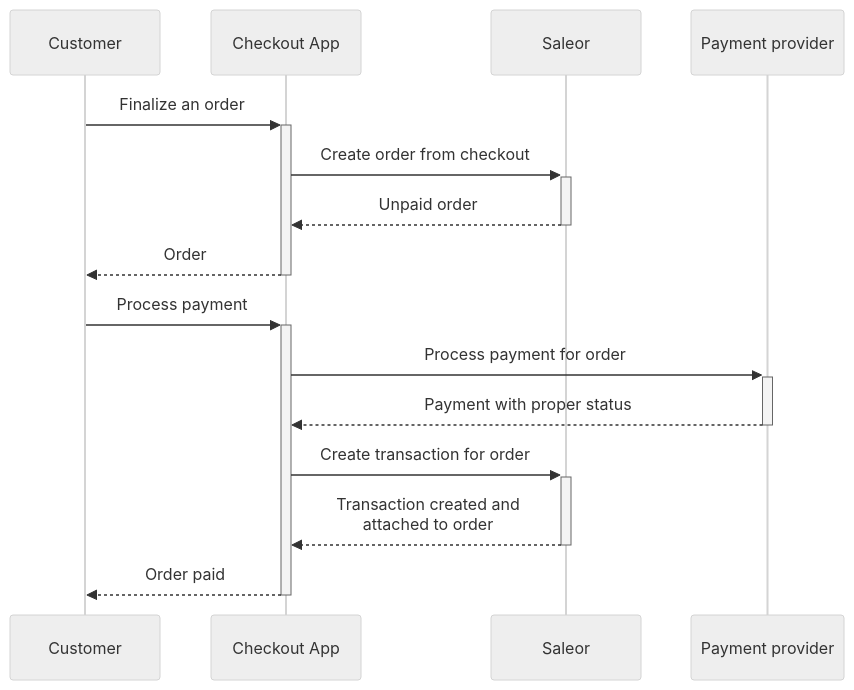
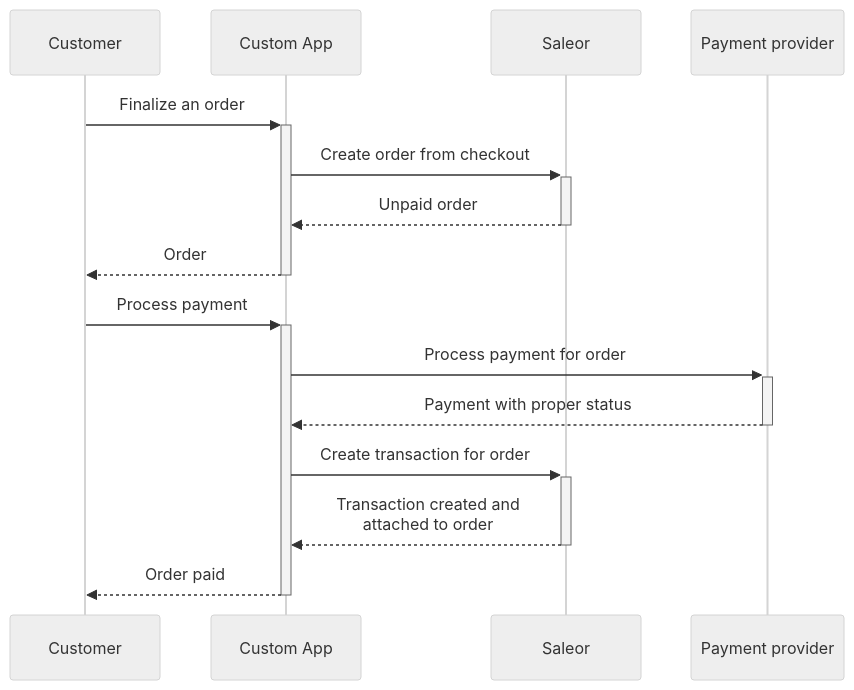
One commit to saleor/saleor-docs changed the second of 7 diagrams in docs/developer/checkout/finalizing.mdx. Above: the diagram before and after it, drawn with Mermaid (neutral theme). The commit also changed other lines of this file and 15 other files, not shown here.

````diff
--- a/docs/developer/checkout/finalizing.mdx
+++ b/docs/developer/checkout/finalizing.mdx
@@ -148,13 +148,13 @@
 ```mermaid
 sequenceDiagram
-    Customer->>+Checkout App: Finalize an order
-    Checkout App ->>+ Saleor: Create order from checkout
-    Saleor -->>- Checkout App: Unpaid order
-    Checkout App-->>-Customer: Order
-    Customer ->>+ Checkout App: Process payment
-    Checkout App ->>+ Payment provider: Process payment for order
-    Payment provider -->>- Checkout App: Payment with proper status
-    Checkout App ->>+ Saleor: Create transaction for order
-    Saleor -->>- Checkout App: Transaction created and <br>attached to order
-    Checkout App -->>- Customer: Order paid
+    Customer->>+Custom App: Finalize an order
+    Custom App ->>+ Saleor: Create order from checkout
+    Saleor -->>- Custom App: Unpaid order
+    Custom App-->>-Customer: Order
+    Customer ->>+ Custom App: Process payment
+    Custom App ->>+ Payment provider: Process payment for order
+    Payment provider -->>- Custom App: Payment with proper status
+    Custom App ->>+ Saleor: Create transaction for order
+    Saleor -->>- Custom App: Transaction created and <br>attached to order
+    Custom App -->>- Customer: Order paid
 ```
````
